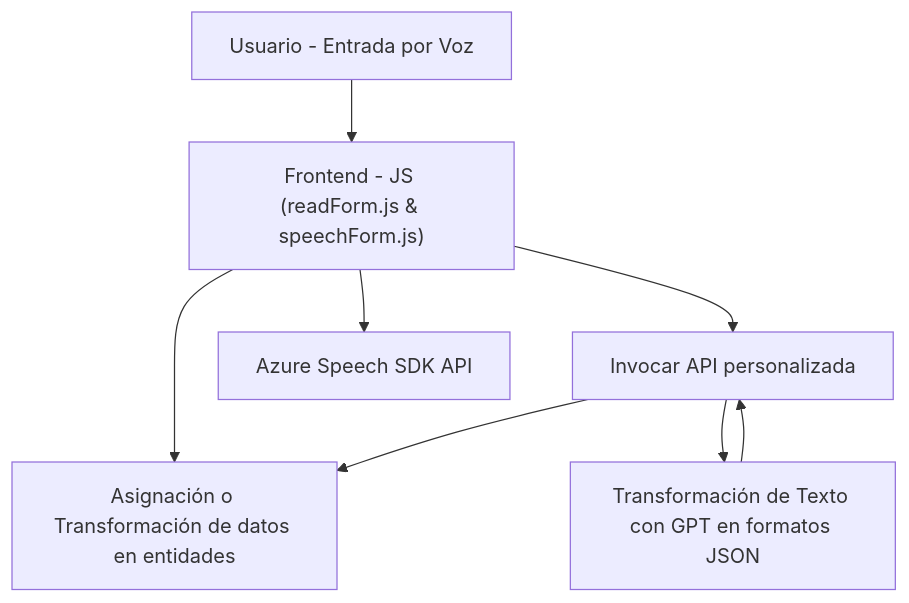
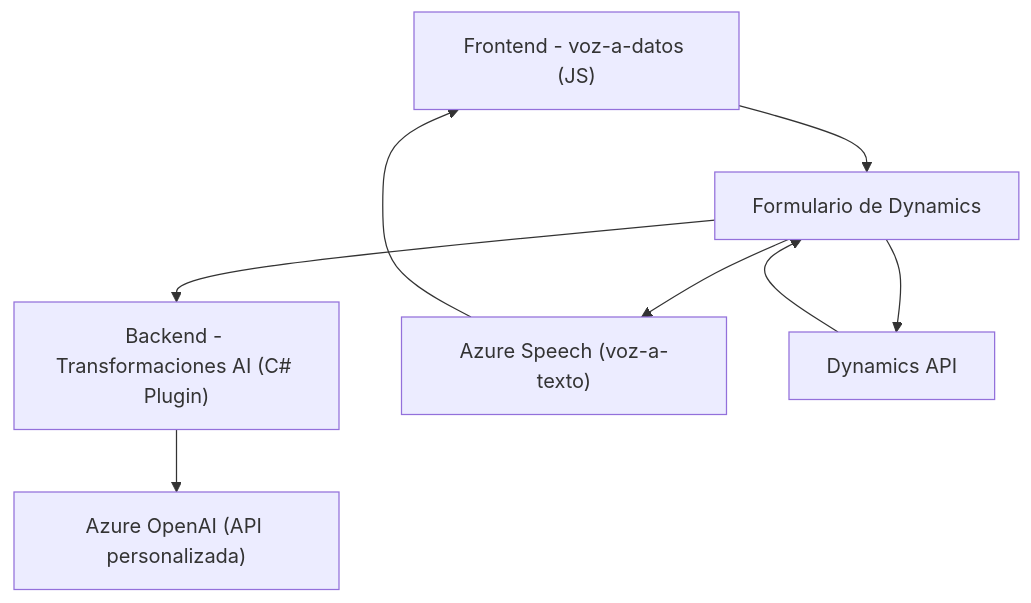
Before and after one commit to blopezdm/NETCORE_BILBAO2025: the diagram in README.md, drawn with Mermaid. The commit also changed other lines of this file, not shown here.

Commit message:
Actualizar análisis global de la solución con IA

````diff
--- a/README.md
+++ b/README.md
@@ -46,17 +25,17 @@
 ```mermaid
 graph TD
-    A["Frontend - JS (readForm.js & speechForm.js)"]
-    B["Backend - Plugin Dynamics 365 (C#)"]
-    C["Azure Speech SDK API"]
-    D["Azure OpenAI GPT API"]
-    E["Dynamics 365 CRM - Formularios y Entidades"]
-    F["Usuario - Entrada por Voz"]
-
-    F --> A 
+    A["Frontend - voz-a-datos (JS)"]
+    B["Backend - Transformaciones AI (C# Plugin)"]
+    C["Formulario de Dynamics"]
+    D["Azure Speech (voz-a-texto)"]
+    E["Azure OpenAI (API personalizada)"]
+    F["Dynamics API"]
+    
     A --> C
-    A --> E["Leer datos del formulario"]
-    A --> B["Invocar API personalizada"]
-    B --> D["Transformación de Texto con GPT en formatos JSON"]
-    D --> B
-    B --> E["Asignación o Transformación de datos en entidades"]
+    C --> D
+    D --> A
+    B --> E
+    C --> B
+    C --> F 
+    F --> C
 ```
````
